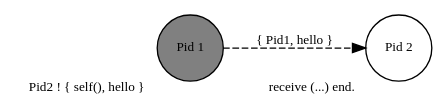
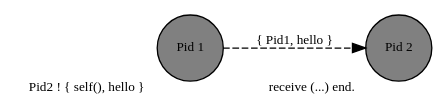
The second of 14 diagrams in presentation.org (dont-rely-on-nulls/gambiconf-2025), drawn with Graphviz before and after one commit. The commit also changed other lines of this file and 4 other files, not shown here.

```diff
--- a/presentation.org
+++ b/presentation.org
@@ -195,11 +197,11 @@
 #+BEGIN_SRC dot :file ./img/erlang_message_passing.png :cmdline -Kdot -Tpng :exports results
   digraph Send {
     node [shape=circle];
     rankdir="LR";
 
     pid1 [label="Pid 1", xlabel="Pid2 ! { self(), hello }", fontsize="10pt", style=filled, fillcolor=grey];
-    pid2 [label="Pid 2", fontsize="10pt", style=filled, fillcolor=white, xlabel="receive (...) end." ];
+    pid2 [label="Pid 2", fontsize="10pt", style=filled, fillcolor=grey, xlabel="receive (...) end." ];
 
     pid1 -> pid2 [label="{ Pid1, hello }", fontsize="10pt", style=dashed];
   }
 #+END_SRC
```
